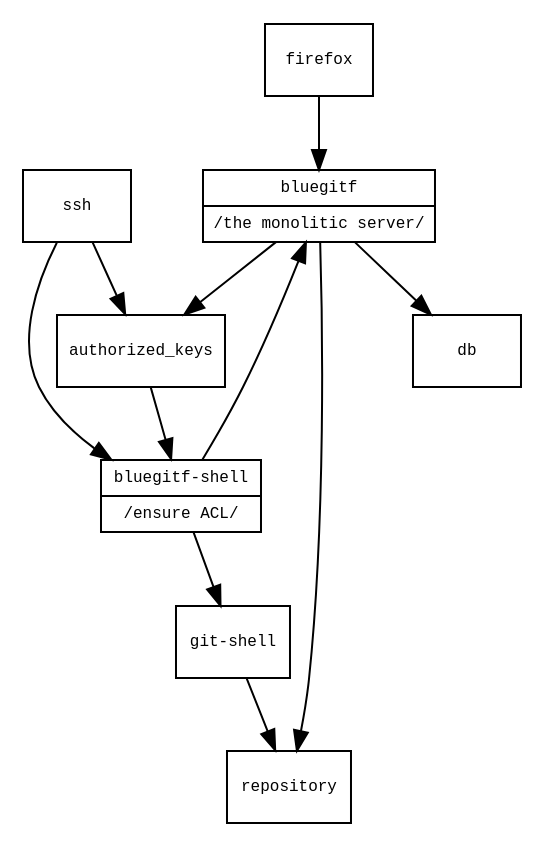
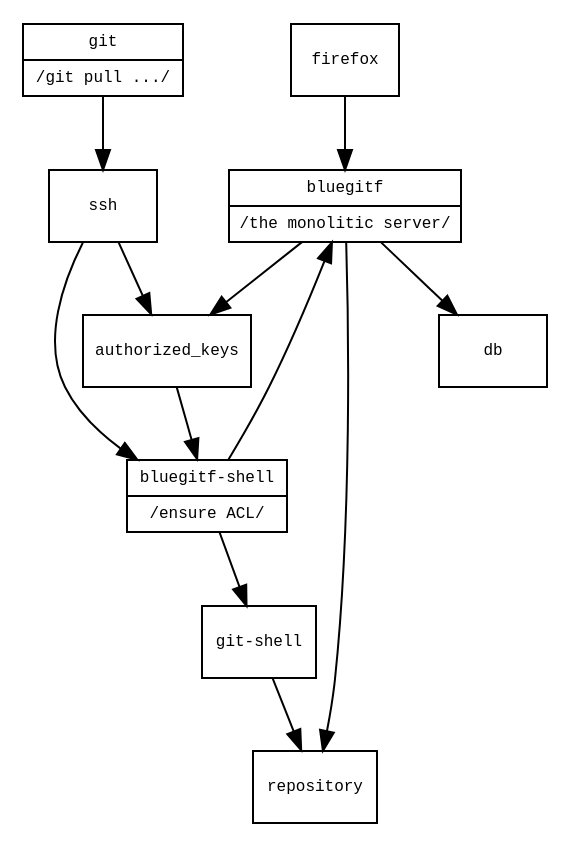
Before and after one commit to abique/scissy: the diagram in doc/design.dot, drawn with Graphviz. The commit also changed 4 other files, not shown here.

```diff
--- a/doc/design.dot
+++ b/doc/design.dot
@@ -1,31 +1,33 @@
 # dot -T png design.dot >design.png && xv design.png
 
 digraph BluegitfDesign
 {
         fontname="monospace";
         fontsize=8;
 
         node [fontname="monospace",fontsize=8,shape="record"];
         edge [fontname="monospace",fontsize=8,shape="record"];
 
         bluegitf [shape=record,label="{bluegitf|/the monolitic server/}"];
         bluegitf_shell [shape=record,label="{bluegitf-shell|/ensure ACL/}"];
         ssh [shape=record,label="{ssh}"];
         git_shell [shape=record,label="{git-shell}"];
         firefox [shape=record,label="{firefox}"];
+        git [shape=record,label="{git|/git pull .../}"];
 
         authorized_keys [shape=database,label="authorized_keys"];
         repository [shape=database,label="repository"];
         db [shape=database,label="db"];
 
         firefox -> bluegitf;
+        git -> ssh;
         ssh -> bluegitf_shell;
         ssh -> authorized_keys;
         authorized_keys -> bluegitf_shell;
         bluegitf_shell -> bluegitf;
         bluegitf_shell -> git_shell;
         git_shell -> repository;
         bluegitf -> db;
         bluegitf -> repository;
         bluegitf -> authorized_keys;
 }
```
